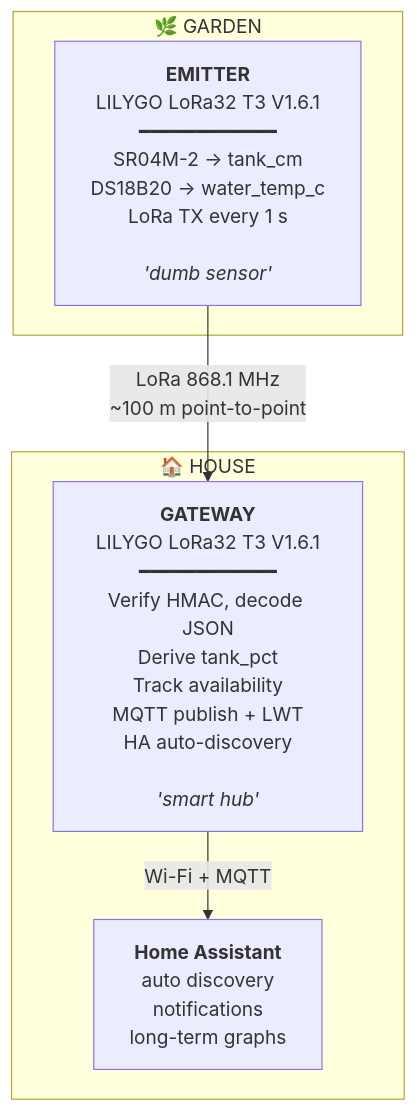
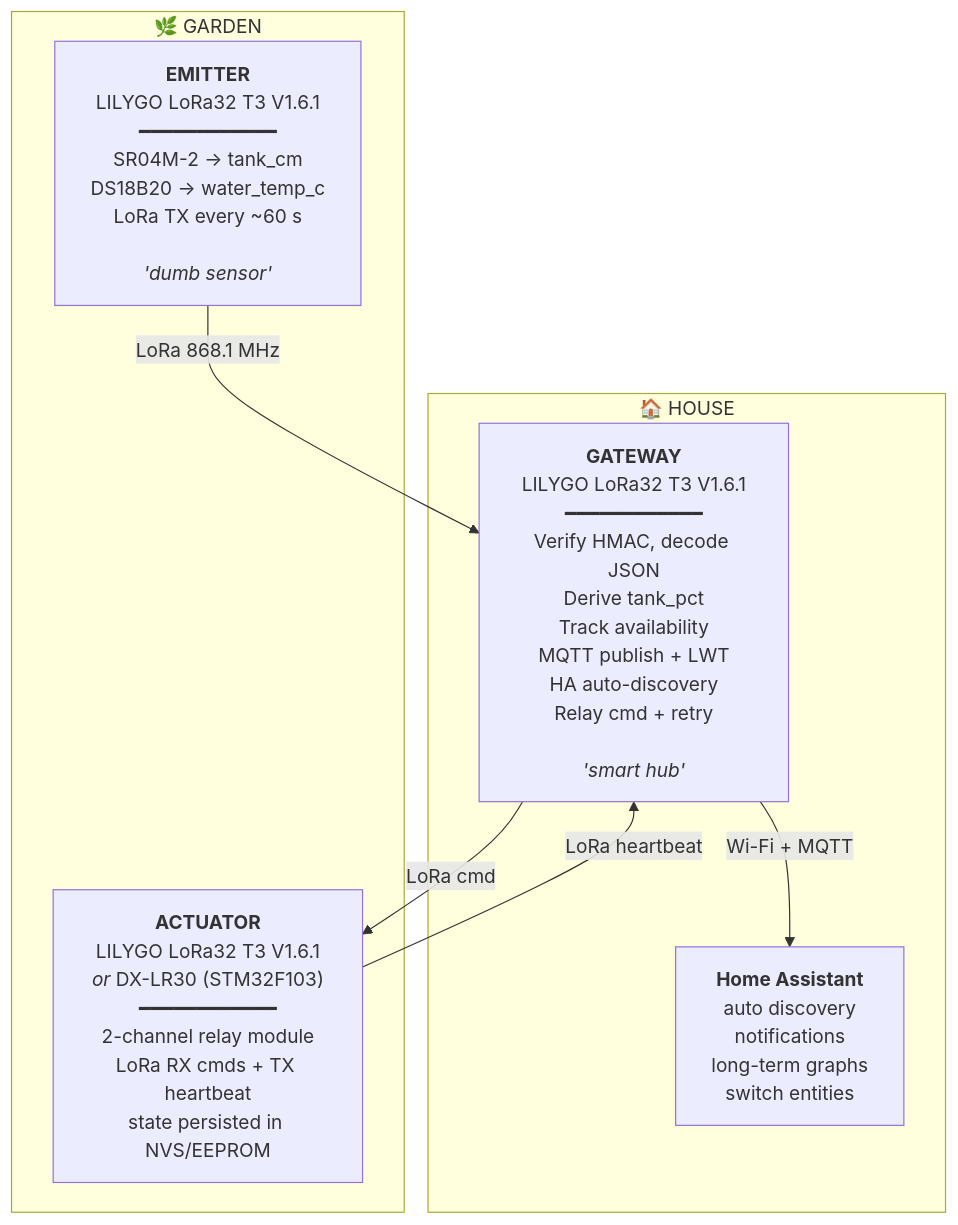
Before and after one commit to gre/jardin-sensors: the second of 7 diagrams in README.md, drawn with Mermaid. The commit also changed other lines of this file and 8 other files, not shown here.

First line of the commit message:
DX-LR30 actuator, RadioLib migration, gateway relay sync, cleanup

````diff
--- a/README.md
+++ b/README.md
@@ -53,12 +59,15 @@
 ```mermaid
 flowchart TB
     subgraph garden ["🌿 GARDEN"]
-        E["<b>EMITTER</b><br/>LILYGO LoRa32 T3 V1.6.1<br/>━━━━━━━━━━━━<br/>SR04M-2 → tank_cm<br/>DS18B20 → water_temp_c<br/>LoRa TX every 1 s<br/><br/><i>'dumb sensor'</i>"]
+        E["<b>EMITTER</b><br/>LILYGO LoRa32 T3 V1.6.1<br/>━━━━━━━━━━━━<br/>SR04M-2 → tank_cm<br/>DS18B20 → water_temp_c<br/>LoRa TX every ~60 s<br/><br/><i>'dumb sensor'</i>"]
+        A["<b>ACTUATOR</b><br/>LILYGO LoRa32 T3 V1.6.1<br/><i>or</i> DX-LR30 (STM32F103)<br/>━━━━━━━━━━━━<br/>2-channel relay module<br/>LoRa RX cmds + TX heartbeat<br/>state persisted in NVS/EEPROM"]
     end
     subgraph house ["🏠 HOUSE"]
-        G["<b>GATEWAY</b><br/>LILYGO LoRa32 T3 V1.6.1<br/>━━━━━━━━━━━━<br/>Verify HMAC, decode JSON<br/>Derive tank_pct<br/>Track availability<br/>MQTT publish + LWT<br/>HA auto-discovery<br/><br/><i>'smart hub'</i>"]
-        HA["<b>Home Assistant</b><br/>auto discovery<br/>notifications<br/>long-term graphs"]
+        G["<b>GATEWAY</b><br/>LILYGO LoRa32 T3 V1.6.1<br/>━━━━━━━━━━━━<br/>Verify HMAC, decode JSON<br/>Derive tank_pct<br/>Track availability<br/>MQTT publish + LWT<br/>HA auto-discovery<br/>Relay cmd + retry<br/><br/><i>'smart hub'</i>"]
+        HA["<b>Home Assistant</b><br/>auto discovery<br/>notifications<br/>long-term graphs<br/>switch entities"]
     end
-    E -->|"LoRa 868.1 MHz<br/>~100 m point-to-point"| G
+    E -->|"LoRa 868.1 MHz"| G
+    G -->|"LoRa cmd"| A
+    A -->|"LoRa heartbeat"| G
     G -->|"Wi-Fi + MQTT"| HA
 ```
````
